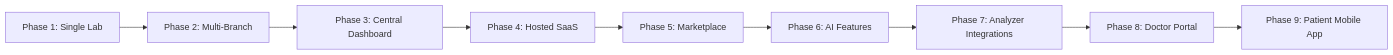
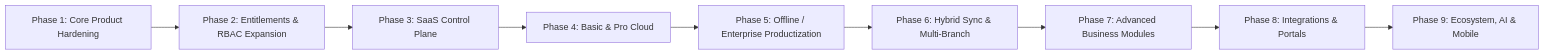
The diagram in docs/01_Product_Specification.md (zaighaumrana/lab-software), drawn with Mermaid before and after one commit. The commit also changed other lines of this file, not shown here.

First line of the commit message:
Revise product specification for LabFlow

````diff
--- a/docs/01_Product_Specification.md
+++ b/docs/01_Product_Specification.md
@@ -126,11 +480,11 @@
 ```mermaid
 flowchart LR
-    P1[Phase 1: Single Lab] --> P2[Phase 2: Multi-Branch]
-    P2 --> P3[Phase 3: Central Dashboard]
-    P3 --> P4[Phase 4: Hosted SaaS]
-    P4 --> P5[Phase 5: Marketplace]
-    P5 --> P6[Phase 6: AI Features]
-    P6 --> P7[Phase 7: Analyzer Integrations]
-    P7 --> P8[Phase 8: Doctor Portal]
-    P8 --> P9[Phase 9: Patient Mobile App]
+    P1[Phase 1: Core Product Hardening] --> P2[Phase 2: Entitlements & RBAC Expansion]
+    P2 --> P3[Phase 3: SaaS Control Plane]
+    P3 --> P4[Phase 4: Basic & Pro Cloud]
+    P4 --> P5[Phase 5: Offline / Enterprise Productization]
+    P5 --> P6[Phase 6: Hybrid Sync & Multi-Branch]
+    P6 --> P7[Phase 7: Advanced Business Modules]
+    P7 --> P8[Phase 8: Integrations & Portals]
+    P8 --> P9[Phase 9: Ecosystem, AI & Mobile]
 ```
````
